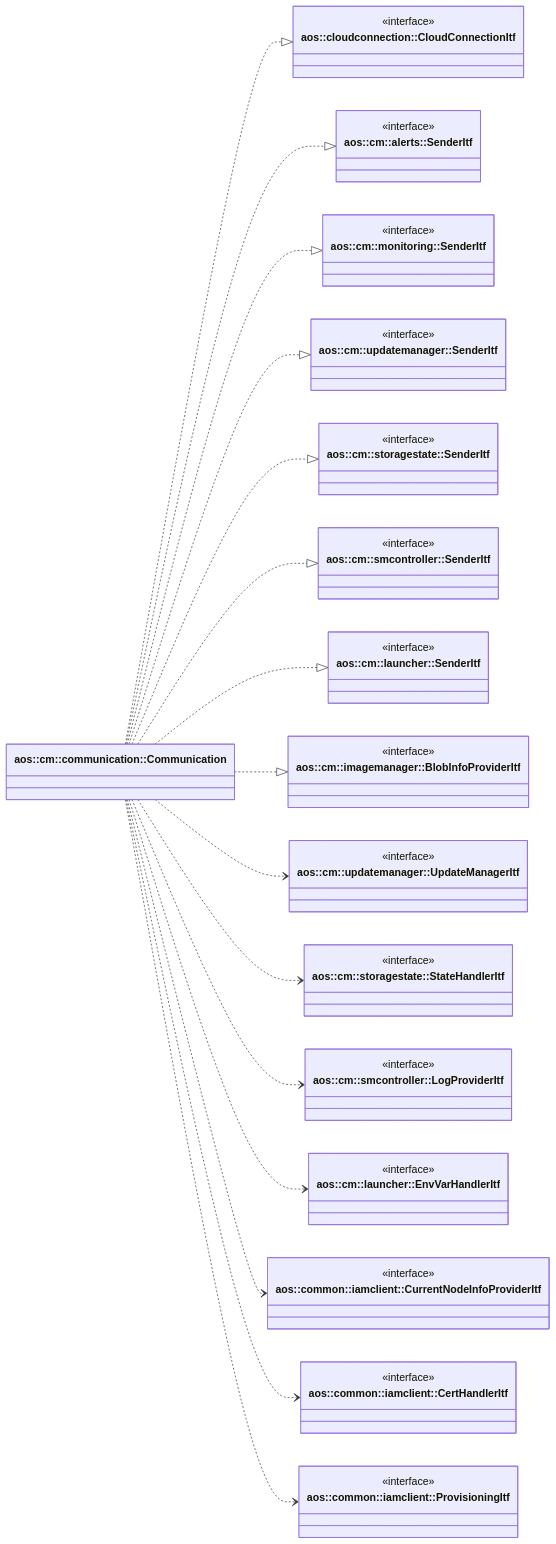
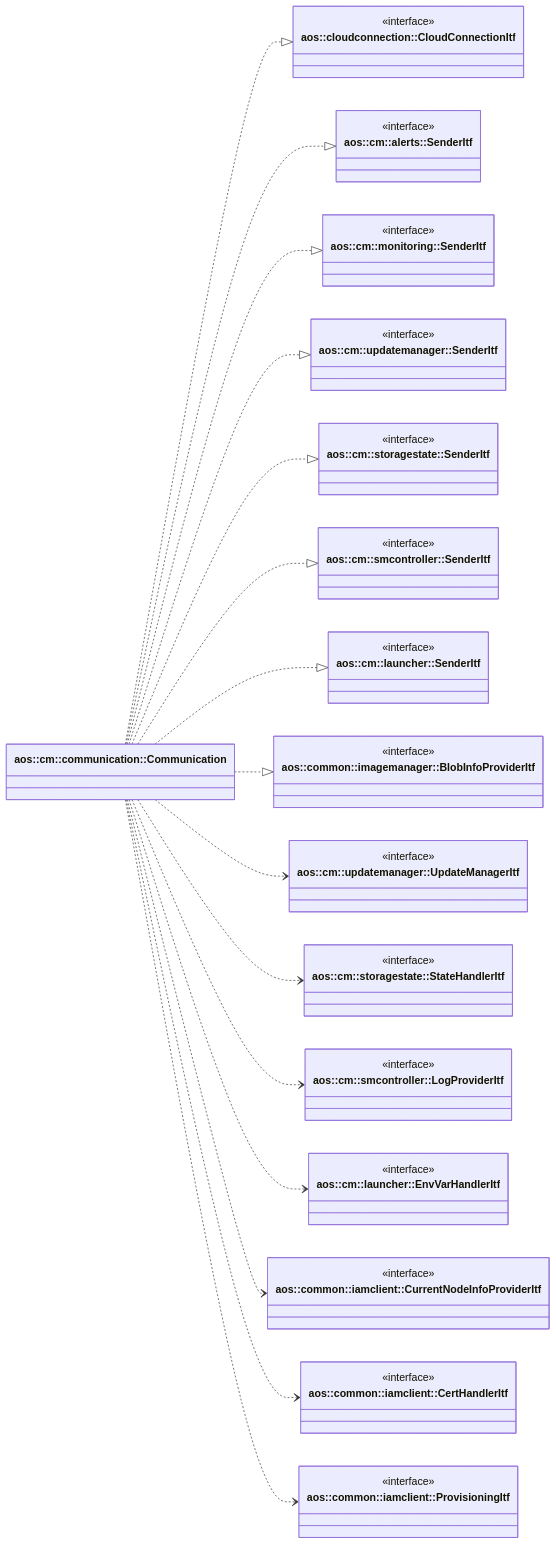
One commit to aosedge/aos_core_lib_cpp changed the diagram in src/core/cm/communication/communication.md. Above: the diagram before and after it, drawn with Mermaid. The commit also changed other lines of this file and 1 other file, not shown here.

Commit message:
cm: communication: use common blob info provider

```diff
--- a/src/core/cm/communication/communication.md
+++ b/src/core/cm/communication/communication.md
@@ -62,7 +63,7 @@
         <<interface>>
     }
 
-    class BlobInfoProviderItf["aos::cm::imagemanager::BlobInfoProviderItf"] {
+    class BlobInfoProviderItf["aos::common::imagemanager::BlobInfoProviderItf"] {
         <<interface>>
     }
 
```
